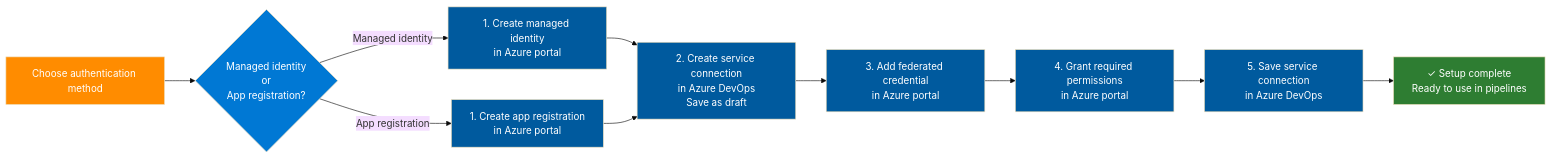
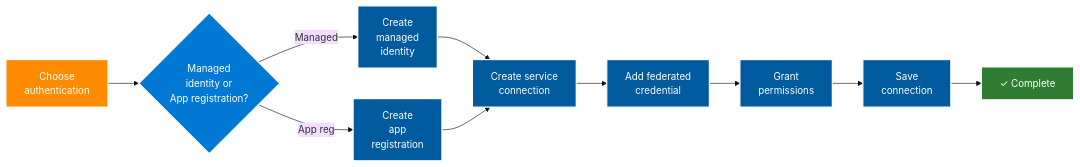
One commit to MicrosoftDocs/azure-devops-docs changed the diagram in docs/pipelines/release/media/workload-identity-service-connection.mmd. Above: the diagram before and after it, drawn with Mermaid (base theme). The commit also changed 1 other file, not shown here.

Commit message:
Refactor workload identity service connection diagram for improved clarity and consistency

```diff
--- a/docs/pipelines/release/media/workload-identity-service-connection.mmd
+++ b/docs/pipelines/release/media/workload-identity-service-connection.mmd
@@ -1,20 +1,20 @@
 graph LR
-    A["Choose authentication method"] --> B{"Managed identity<br/>or<br/>App registration?"}
-    B -->|Managed identity| C["1. Create managed identity<br/>in Azure portal"]
-    B -->|App registration| D["1. Create app registration<br/>in Azure portal"]
-    C --> E["2. Create service connection<br/>in Azure DevOps<br/>Save as draft"]
+    A["Choose<br/>authentication"] --> B{"Managed<br/>identity or<br/>App registration?"}
+    B -->|Managed| C["Create<br/>managed<br/>identity"]
+    B -->|App reg| D["Create<br/>app<br/>registration"]
+    C --> E["Create service<br/>connection"]
     D --> E
-    E --> F["3. Add federated credential<br/>in Azure portal"]
-    F --> G["4. Grant required permissions<br/>in Azure portal"]
-    G --> H["5. Save service connection<br/>in Azure DevOps"]
-    H --> I["✓ Setup complete<br/>Ready to use in pipelines"]
+    E --> F["Add federated<br/>credential"]
+    F --> G["Grant<br/>permissions"]
+    G --> H["Save<br/>connection"]
+    H --> I["✓ Complete"]
     
-    style A fill:#ff8c00,color:#fff
-    style B fill:#0078d4,color:#fff
-    style C fill:#005a9e,color:#fff
-    style D fill:#005a9e,color:#fff
-    style E fill:#005a9e,color:#fff
-    style F fill:#005a9e,color:#fff
-    style G fill:#005a9e,color:#fff
-    style H fill:#005a9e,color:#fff
-    style I fill:#2e7d32,color:#fff
+    style A fill:#ff8c00,color:#fff,stroke:#fff,stroke-width:2px
+    style B fill:#0078d4,color:#fff,stroke:#fff,stroke-width:2px
+    style C fill:#005a9e,color:#fff,stroke:#fff,stroke-width:2px
+    style D fill:#005a9e,color:#fff,stroke:#fff,stroke-width:2px
+    style E fill:#005a9e,color:#fff,stroke:#fff,stroke-width:2px
+    style F fill:#005a9e,color:#fff,stroke:#fff,stroke-width:2px
+    style G fill:#005a9e,color:#fff,stroke:#fff,stroke-width:2px
+    style H fill:#005a9e,color:#fff,stroke:#fff,stroke-width:2px
+    style I fill:#2e7d32,color:#fff,stroke:#fff,stroke-width:2px
```
